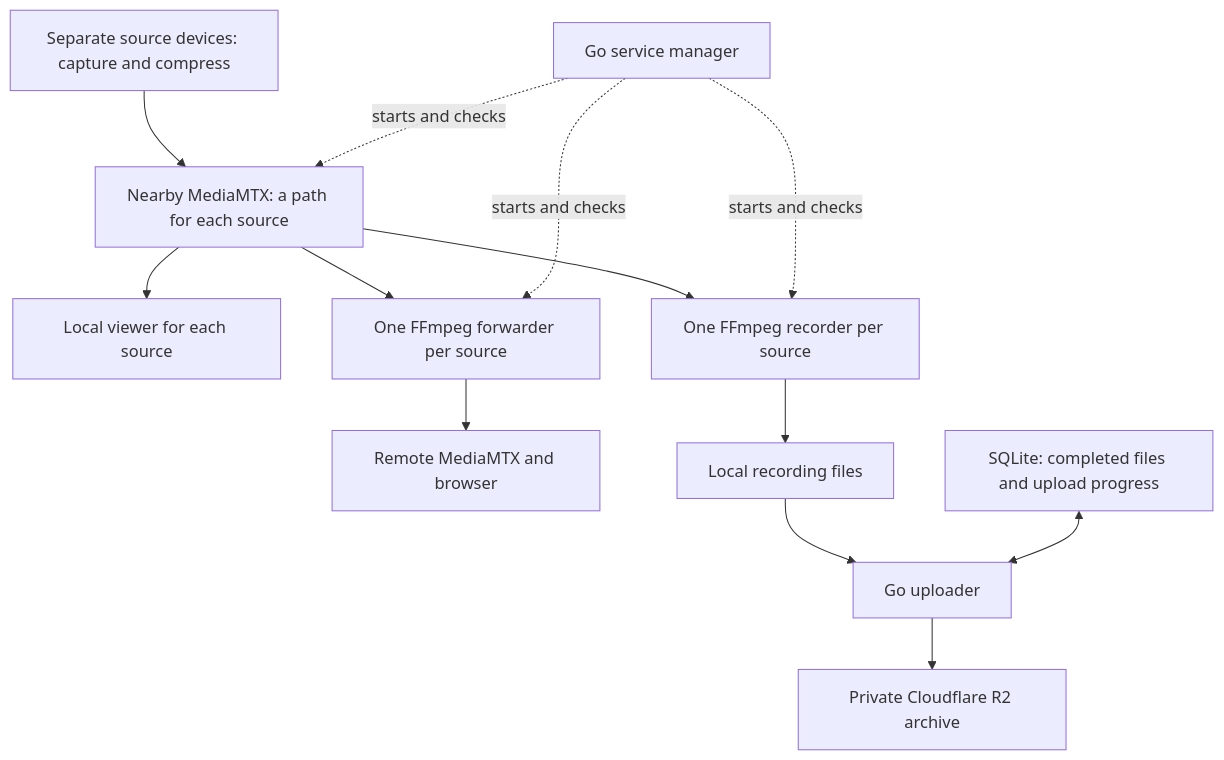
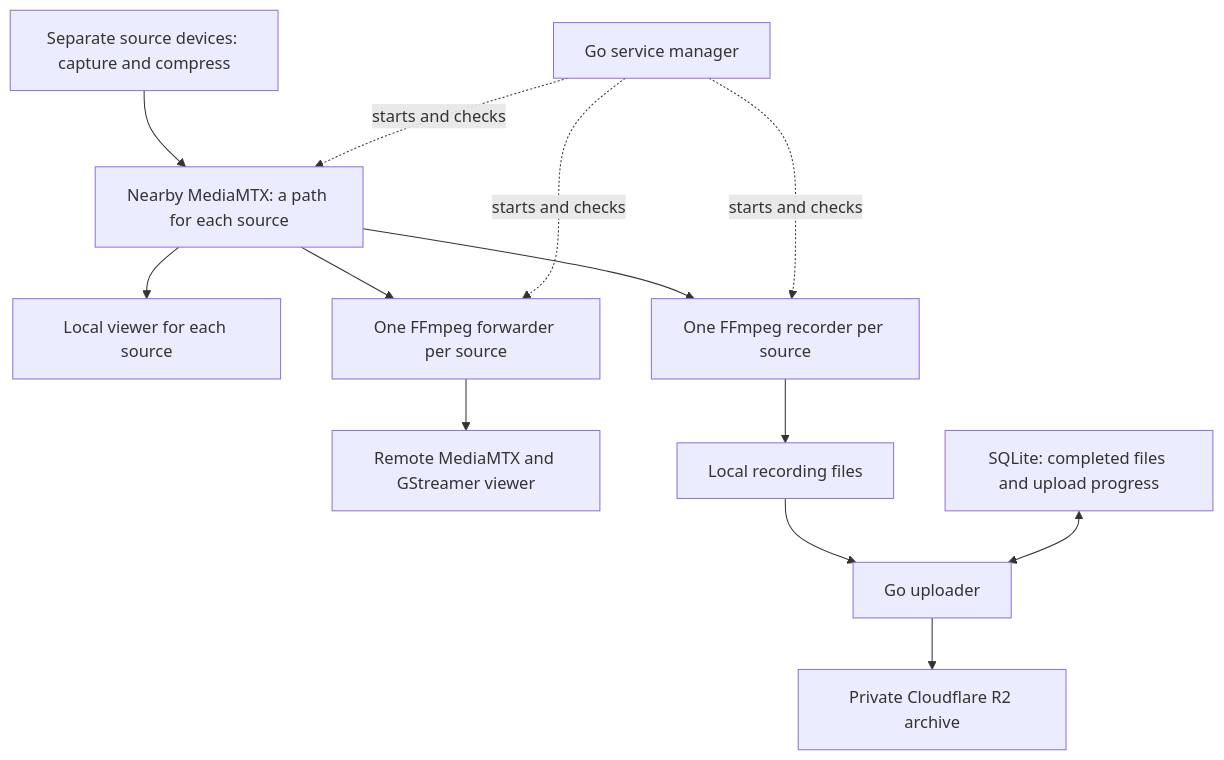
The diagram in docs/constraints-and-language-choice.md (MartinKalema/fieldstream), drawn with Mermaid before and after one commit. The commit also changed other lines of this file and 63 other files, not shown here.

Commit message:
refactor(viewer): remove obsolete browser playback

````diff
--- a/docs/constraints-and-language-choice.md
+++ b/docs/constraints-and-language-choice.md
@@ -57,15 +57,15 @@
 ```mermaid
 flowchart TD
     A["Separate source devices: capture and compress"] --> B["Nearby MediaMTX: a path for each source"]
     B --> C["Local viewer for each source"]
     B --> D["One FFmpeg recorder per source"]
     B --> E["One FFmpeg forwarder per source"]
-    E --> F["Remote MediaMTX and browser"]
+    E --> F["Remote MediaMTX and GStreamer viewer"]
     D --> G["Local recording files"]
     G --> H["Go uploader"]
     H --> I["Private Cloudflare R2 archive"]
     J["SQLite: completed files and upload progress"] <--> H
     K["Go service manager"] -. "starts and checks" .-> B
     K -. "starts and checks" .-> D
     K -. "starts and checks" .-> E
 ```
````
